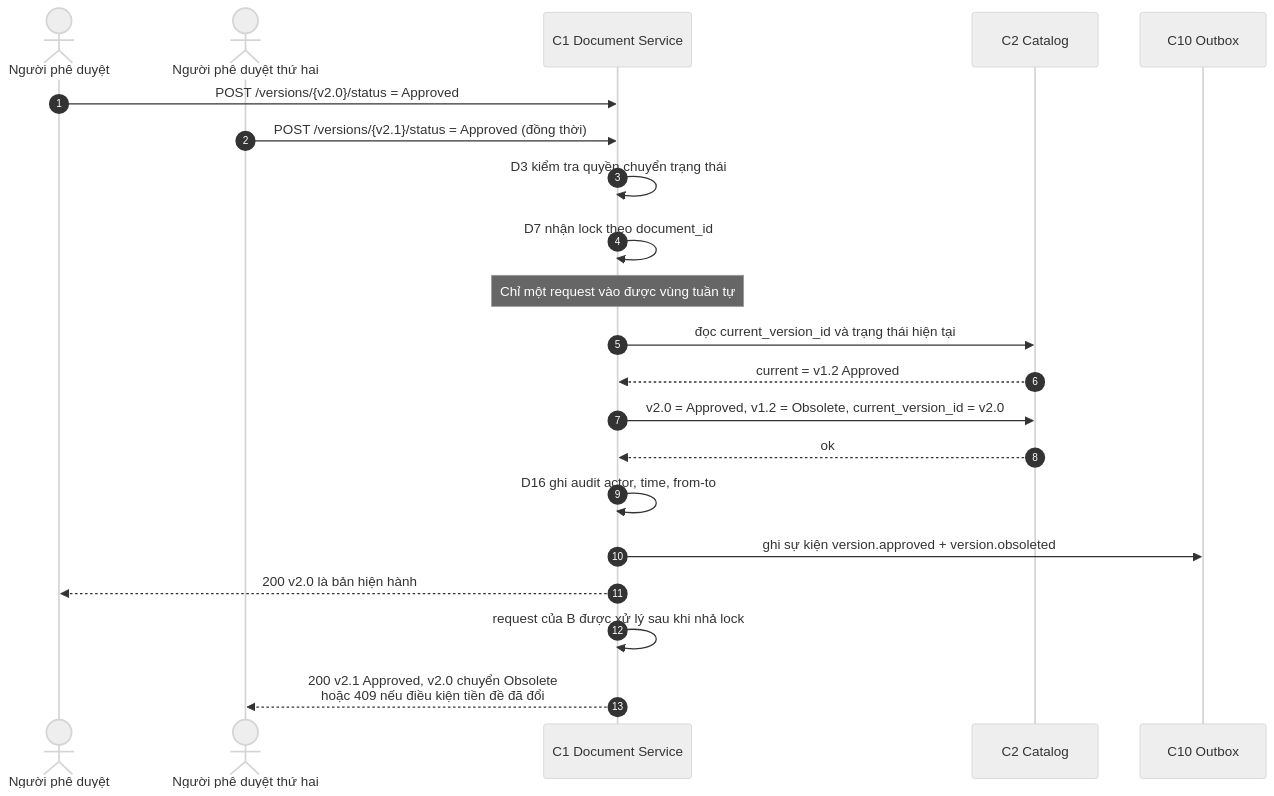
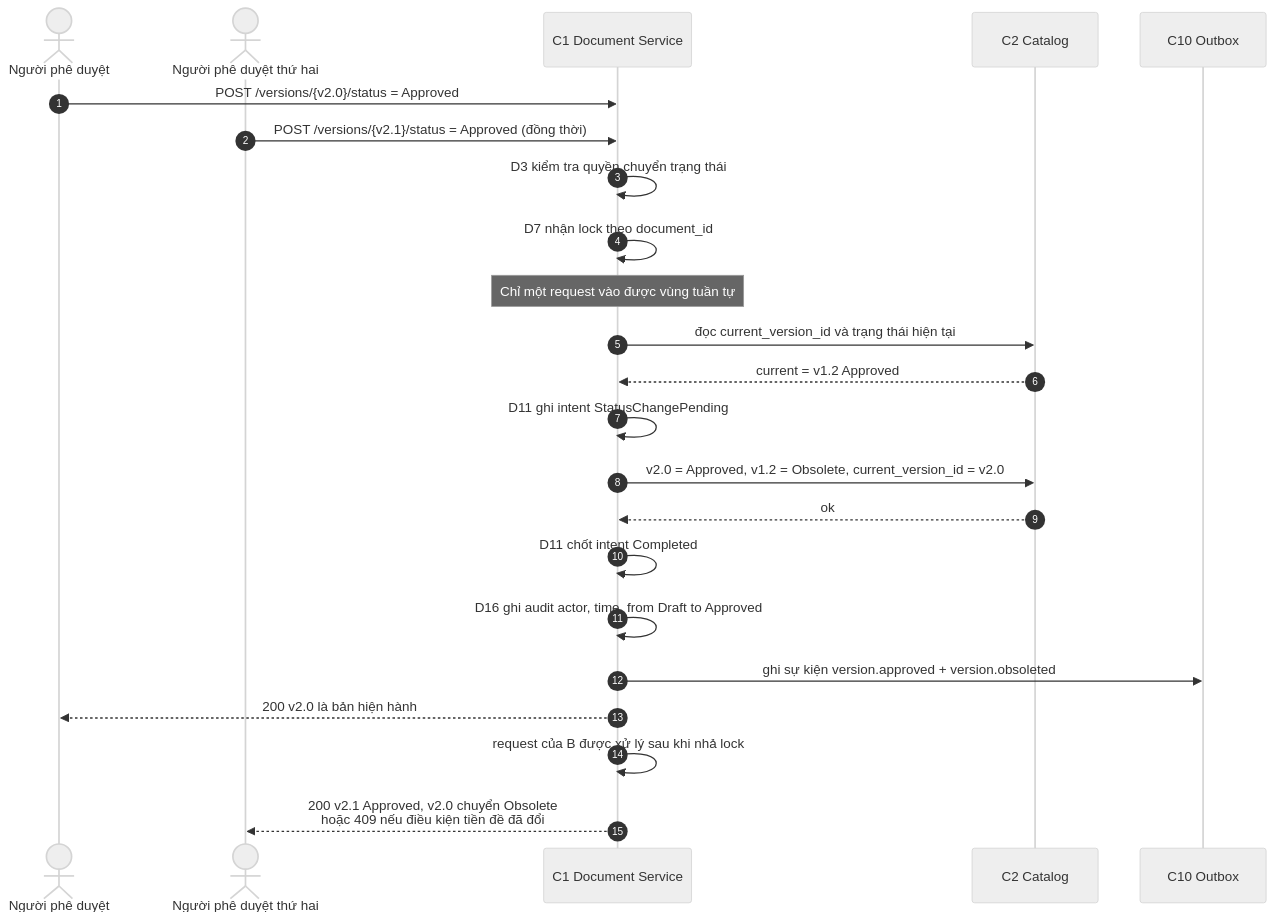
One commit to Phanlacan12/raw-storage changed the second of 8 diagrams in docs/c4-05-dynamic-views.md. Above: the diagram before and after it, drawn with Mermaid (neutral theme). The commit also changed other lines of this file and 12 other files, not shown here.

````diff
--- a/docs/c4-05-dynamic-views.md
+++ b/docs/c4-05-dynamic-views.md
@@ -61,24 +67,26 @@
 ```mermaid
 sequenceDiagram
     autonumber
     actor A as Người phê duyệt
     actor B as Người phê duyệt thứ hai
     participant DS as C1 Document Service
     participant CAT as C2 Catalog
     participant OB as C10 Outbox
 
     A->>DS: POST /versions/{v2.0}/status = Approved
     B->>DS: POST /versions/{v2.1}/status = Approved (đồng thời)
     DS->>DS: D3 kiểm tra quyền chuyển trạng thái
     DS->>DS: D7 nhận lock theo document_id
     Note over DS: Chỉ một request vào được vùng tuần tự
     DS->>CAT: đọc current_version_id và trạng thái hiện tại
     CAT-->>DS: current = v1.2 Approved
+    DS->>DS: D11 ghi intent StatusChangePending
     DS->>CAT: v2.0 = Approved, v1.2 = Obsolete, current_version_id = v2.0
     CAT-->>DS: ok
-    DS->>DS: D16 ghi audit actor, time, from-to
+    DS->>DS: D11 chốt intent Completed
+    DS->>DS: D16 ghi audit actor, time, from Draft to Approved
     DS->>OB: ghi sự kiện version.approved + version.obsoleted
     DS-->>A: 200 v2.0 là bản hiện hành
     DS->>DS: request của B được xử lý sau khi nhả lock
     DS-->>B: 200 v2.1 Approved, v2.0 chuyển Obsolete<br/>hoặc 409 nếu điều kiện tiền đề đã đổi
 ```
````
